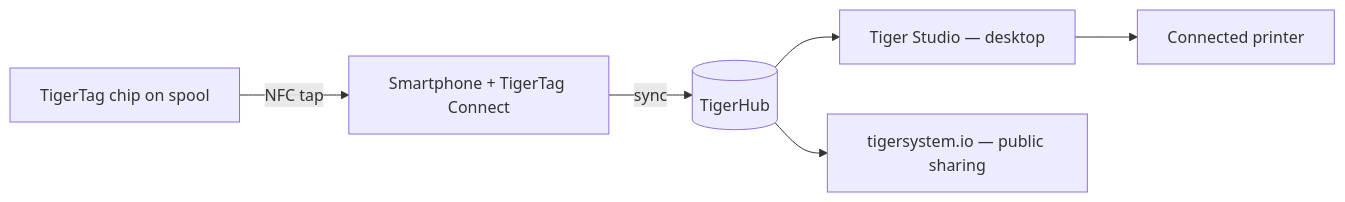
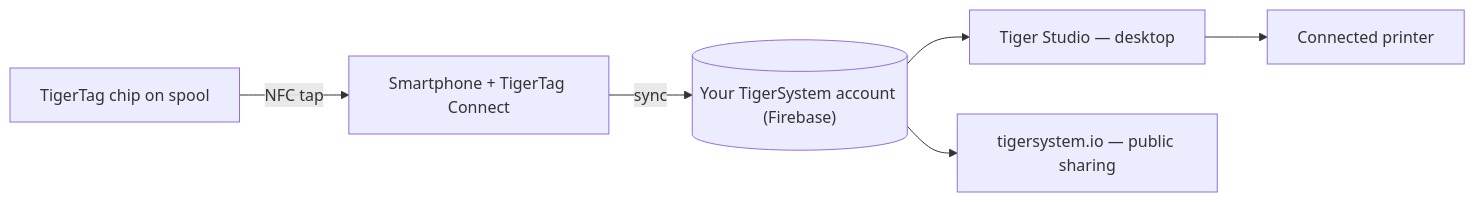
The diagram in docs/philosophy/smartphone-bridge.md (TigerTag-Project/TigerSystem-Docs), drawn with Mermaid before and after one commit. The commit also changed 22 other files, not shown here.

Commit message:
Correct the TigerHub definition: TigerHub is the tigersystem.io web platform (showcase + social sandbox); the backend is plain, unbranded Firebase

````diff
--- a/docs/philosophy/smartphone-bridge.md
+++ b/docs/philosophy/smartphone-bridge.md
@@ -9,8 +9,8 @@
 ```mermaid
 flowchart LR
     TAG[TigerTag chip on spool] -- NFC tap --> PHONE[Smartphone + TigerTag Connect]
-    PHONE -- sync --> CLOUD[(TigerHub)]
+    PHONE -- sync --> CLOUD[("Your TigerSystem account (Firebase)")]
     CLOUD --> STUDIO[Tiger Studio — desktop]
     STUDIO --> PRINTER[Connected printer]
     CLOUD --> WEB["tigersystem.io — public sharing"]
 ```
````
